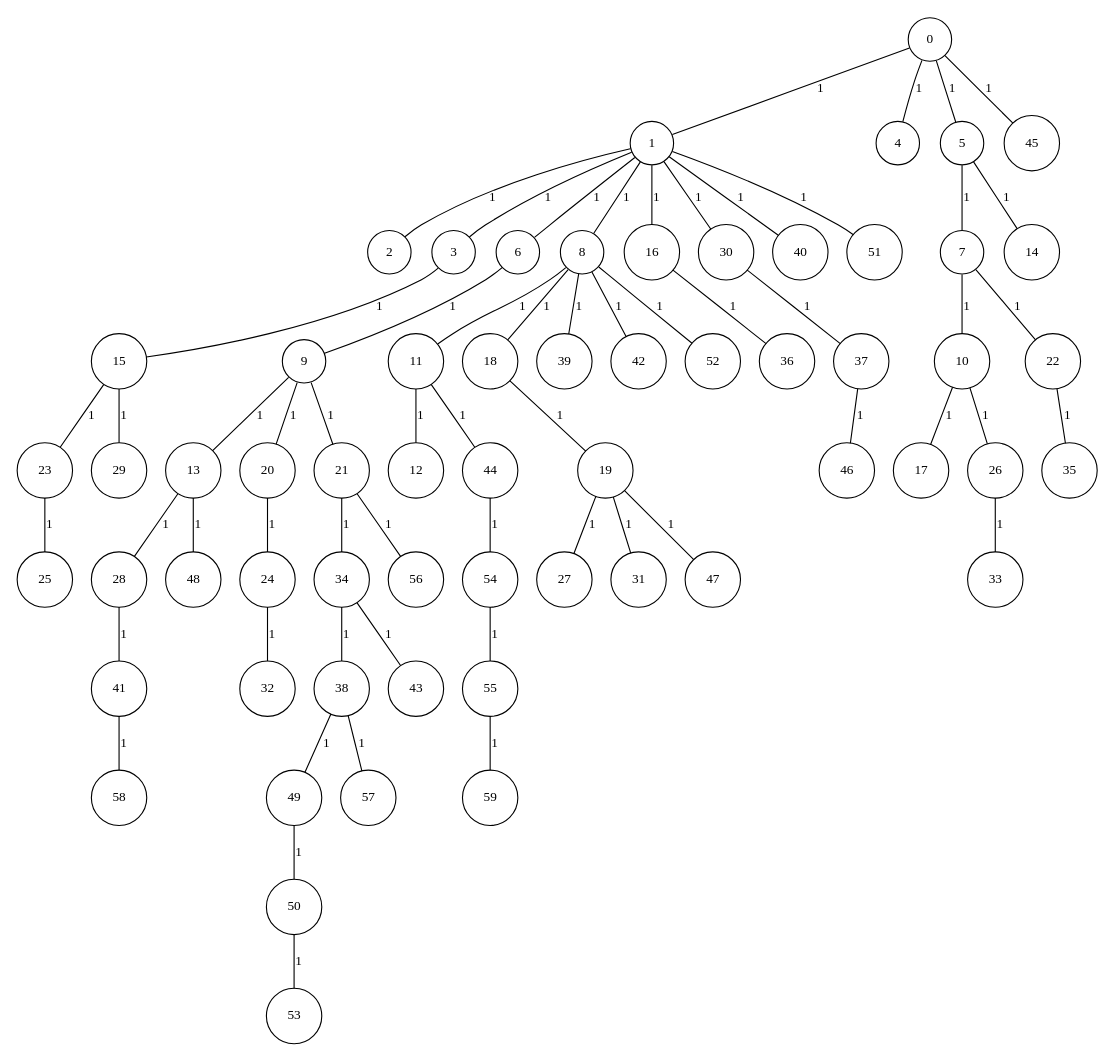
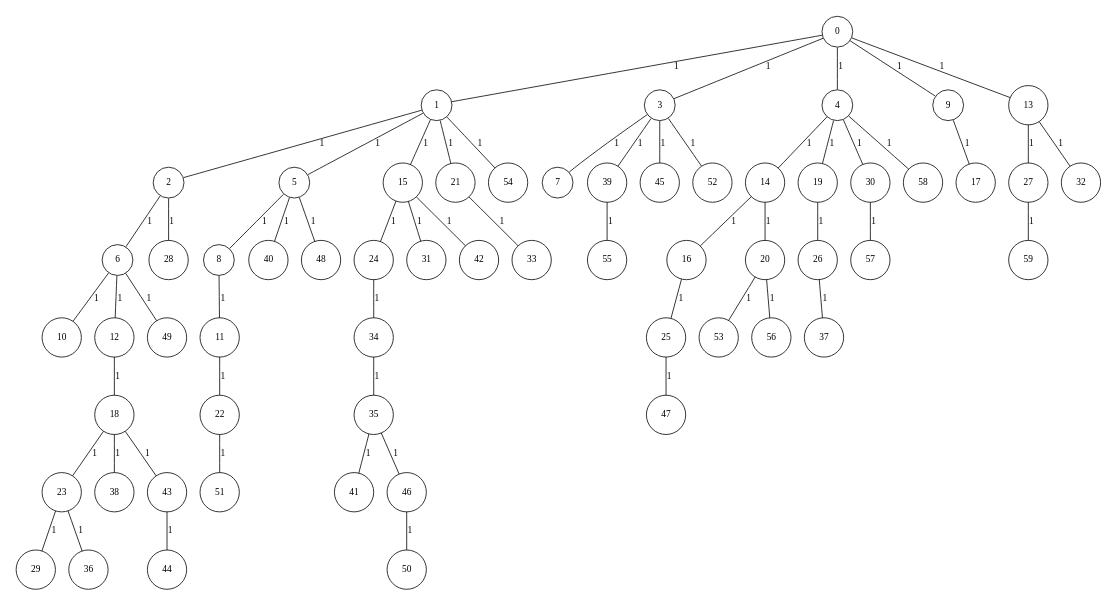
One commit to cardosodg/setcover-grasp changed the diagram in GraphGenerator/input/instGraph_60_7.txt.dot. Above: the diagram before and after it, drawn with Graphviz. The commit also changed 3448 other files, not shown here.

```diff
--- a/GraphGenerator/input/instGraph_60_7.txt.dot
+++ b/GraphGenerator/input/instGraph_60_7.txt.dot
@@ -1,129 +1,129 @@
 graph G {
 size="8.5,11;"
 ratio = "expand;"
 fixedsize="true;"
 overlap="scale;"
 node[shape=circle,width=.12,hight=.12,fontsize=12]
 edge[fontsize=12]
 
-0[label=" 0" color=black, pos="0.0024103741,2.980741!"];
-1[label=" 1" color=black, pos="0.36349648,0.73815564!"];
-2[label=" 2" color=black, pos="1.9443365,1.8687758!"];
-3[label=" 3" color=black, pos="2.7946063,2.5938665!"];
-4[label=" 4" color=black, pos="2.944809,1.4775336!"];
-5[label=" 5" color=black, pos="1.3897033,1.5316802!"];
-6[label=" 6" color=black, pos="2.672425,0.25062402!"];
-7[label=" 7" color=black, pos="1.8887269,1.7514221!"];
-8[label=" 8" color=black, pos="1.5673611,0.96379851!"];
-9[label=" 9" color=black, pos="2.9851322,0.21723006!"];
-10[label=" 10" color=black, pos="0.35056828,0.47935751!"];
-11[label=" 11" color=black, pos="0.93126118,2.770648!"];
-12[label=" 12" color=black, pos="1.1443988,0.8513266!"];
-13[label=" 13" color=black, pos="0.99291208,0.91690798!"];
-14[label=" 14" color=black, pos="0.22075221,0.67235079!"];
-15[label=" 15" color=black, pos="0.0012572138,1.0006163!"];
-16[label=" 16" color=black, pos="0.155936,2.499476!"];
-17[label=" 17" color=black, pos="0.66636896,2.0705368!"];
-18[label=" 18" color=black, pos="0.8027119,1.1621118!"];
-19[label=" 19" color=black, pos="2.6231184,0.61004325!"];
-20[label=" 20" color=black, pos="1.1809415,1.3016194!"];
-21[label=" 21" color=black, pos="1.8443766,0.83919065!"];
-22[label=" 22" color=black, pos="1.3860594,0.1746079!"];
-23[label=" 23" color=black, pos="0.93531432,1.9559349!"];
-24[label=" 24" color=black, pos="1.139639,1.2323185!"];
-25[label=" 25" color=black, pos="1.1721169,0.82294523!"];
-26[label=" 26" color=black, pos="0.85274964,0.70880189!"];
-27[label=" 27" color=black, pos="1.9178169,0.2433852!"];
-28[label=" 28" color=black, pos="2.780215,2.2726119!"];
-29[label=" 29" color=black, pos="2.7635319,2.6897204!"];
-30[label=" 30" color=black, pos="0.62334397,2.5369078!"];
-31[label=" 31" color=black, pos="1.0395525,2.6499086!"];
-32[label=" 32" color=black, pos="1.9482536,0.98519955!"];
-33[label=" 33" color=black, pos="1.1850824,0.095199356!"];
-34[label=" 34" color=black, pos="0.79320184,2.5137001!"];
-35[label=" 35" color=black, pos="1.1228464,2.8097771!"];
-36[label=" 36" color=black, pos="2.3020898,0.52765299!"];
-37[label=" 37" color=black, pos="2.1941915,1.215213!"];
-38[label=" 38" color=black, pos="2.0817017,1.3761937!"];
-39[label=" 39" color=black, pos="0.24496365,2.3004458!"];
-40[label=" 40" color=black, pos="1.9083295,0.31358784!"];
-41[label=" 41" color=black, pos="0.093790164,1.131244!"];
-42[label=" 42" color=black, pos="1.2127884,1.5980107!"];
-43[label=" 43" color=black, pos="1.4020293,0.23869622!"];
-44[label=" 44" color=black, pos="0.49017672,2.7697409!"];
-45[label=" 45" color=black, pos="0.98372263,1.5019036!"];
-46[label=" 46" color=black, pos="0.73707482,0.18667864!"];
-47[label=" 47" color=black, pos="0.90419973,0.17525577!"];
-48[label=" 48" color=black, pos="0.77276986,2.9059411!"];
-49[label=" 49" color=black, pos="2.8976308,0.75355202!"];
-50[label=" 50" color=black, pos="0.68212904,0.4460541!"];
-51[label=" 51" color=black, pos="2.7593505,1.7882775!"];
-52[label=" 52" color=black, pos="1.4510995,0.93389543!"];
-53[label=" 53" color=black, pos="0.54297228,2.5002465!"];
-54[label=" 54" color=black, pos="1.3138965,0.26208558!"];
-55[label=" 55" color=black, pos="0.17404964,0.030625389!"];
-56[label=" 56" color=black, pos="2.926185,2.8133795!"];
-57[label=" 57" color=black, pos="0.97375148,0.93423504!"];
-58[label=" 58" color=black, pos="1.9184943,1.7400388!"];
-59[label=" 59" color=black, pos="1.0650395,1.927372!"];
+0[label=" 0" color=black, pos="2.0811446,0.99868436!"];
+1[label=" 1" color=black, pos="2.481663,2.2721095!"];
+2[label=" 2" color=black, pos="0.48335613,0.42239806!"];
+3[label=" 3" color=black, pos="2.2152361,2.5516814!"];
+4[label=" 4" color=black, pos="1.2809395,1.1983303!"];
+5[label=" 5" color=black, pos="0.7560938,2.1381004!"];
+6[label=" 6" color=black, pos="1.9253889,0.57870122!"];
+7[label=" 7" color=black, pos="1.4740963,2.3895034!"];
+8[label=" 8" color=black, pos="0.34259846,1.7257275!"];
+9[label=" 9" color=black, pos="1.0192185,0.90001665!"];
+10[label=" 10" color=black, pos="0.29981589,0.55988151!"];
+11[label=" 11" color=black, pos="2.7898701,0.55670038!"];
+12[label=" 12" color=black, pos="1.5456374,2.419624!"];
+13[label=" 13" color=black, pos="1.1037508,0.62622854!"];
+14[label=" 14" color=black, pos="2.8272451,1.2013059!"];
+15[label=" 15" color=black, pos="2.2166425,0.85658226!"];
+16[label=" 16" color=black, pos="0.97899711,2.3835024!"];
+17[label=" 17" color=black, pos="0.58014678,0.50079019!"];
+18[label=" 18" color=black, pos="0.60593374,2.3950147!"];
+19[label=" 19" color=black, pos="1.1722346,0.46661348!"];
+20[label=" 20" color=black, pos="0.7067458,2.0196033!"];
+21[label=" 21" color=black, pos="2.4439619,0.83963636!"];
+22[label=" 22" color=black, pos="2.8507615,2.5725484!"];
+23[label=" 23" color=black, pos="2.6317516,1.626645!"];
+24[label=" 24" color=black, pos="2.0114404,1.6089643!"];
+25[label=" 25" color=black, pos="0.2936664,1.4715498!"];
+26[label=" 26" color=black, pos="0.17042622,0.29540398!"];
+27[label=" 27" color=black, pos="0.8182796,1.0605329!"];
+28[label=" 28" color=black, pos="2.648255,2.335522!"];
+29[label=" 29" color=black, pos="0.72596793,1.3634239!"];
+30[label=" 30" color=black, pos="1.2161006,0.64413352!"];
+31[label=" 31" color=black, pos="1.3651029,0.45860102!"];
+32[label=" 32" color=black, pos="1.2809259,1.9681305!"];
+33[label=" 33" color=black, pos="1.1773199,2.4741924!"];
+34[label=" 34" color=black, pos="1.3062448,0.69040694!"];
+35[label=" 35" color=black, pos="1.5316139,1.6495498!"];
+36[label=" 36" color=black, pos="1.831076,0.27208575!"];
+37[label=" 37" color=black, pos="1.1602302,1.1337734!"];
+38[label=" 38" color=black, pos="1.571482,2.2241831!"];
+39[label=" 39" color=black, pos="1.0486854,1.3131282!"];
+40[label=" 40" color=black, pos="2.7503495,1.9042036!"];
+41[label=" 41" color=black, pos="0.72093897,1.2754154!"];
+42[label=" 42" color=black, pos="1.1479924,1.1517082!"];
+43[label=" 43" color=black, pos="0.71676218,2.8594751!"];
+44[label=" 44" color=black, pos="2.7863298,1.104882!"];
+45[label=" 45" color=black, pos="0.76707052,1.3228908!"];
+46[label=" 46" color=black, pos="2.0165623,0.27513738!"];
+47[label=" 47" color=black, pos="2.229858,1.3948589!"];
+48[label=" 48" color=black, pos="2.8695243,0.90787682!"];
+49[label=" 49" color=black, pos="0.67745845,2.617647!"];
+50[label=" 50" color=black, pos="0.1491146,0.5050571!"];
+51[label=" 51" color=black, pos="2.5706132,2.4137149!"];
+52[label=" 52" color=black, pos="1.4960931,2.303503!"];
+53[label=" 53" color=black, pos="2.7572523,1.6017161!"];
+54[label=" 54" color=black, pos="0.17346775,1.8390622!"];
+55[label=" 55" color=black, pos="0.46511902,0.38353328!"];
+56[label=" 56" color=black, pos="1.5329836,0.9251065!"];
+57[label=" 57" color=black, pos="0.47470234,2.0358929!"];
+58[label=" 58" color=black, pos="1.3121087,0.48969371!"];
+59[label=" 59" color=black, pos="1.9054822,0.23966494!"];
 0--1[label="1"]
+0--3[label="1"]
 0--4[label="1"]
-0--5[label="1"]
-0--45[label="1"]
+0--9[label="1"]
+0--13[label="1"]
 1--2[label="1"]
-1--3[label="1"]
-1--6[label="1"]
-1--8[label="1"]
-1--16[label="1"]
-1--30[label="1"]
-1--40[label="1"]
-1--51[label="1"]
-3--15[label="1"]
-5--7[label="1"]
-5--14[label="1"]
-6--9[label="1"]
-7--10[label="1"]
-7--22[label="1"]
+1--5[label="1"]
+1--15[label="1"]
+1--21[label="1"]
+1--54[label="1"]
+2--6[label="1"]
+2--28[label="1"]
+3--7[label="1"]
+3--39[label="1"]
+3--45[label="1"]
+3--52[label="1"]
+4--14[label="1"]
+4--19[label="1"]
+4--30[label="1"]
+4--58[label="1"]
+5--8[label="1"]
+5--40[label="1"]
+5--48[label="1"]
+6--10[label="1"]
+6--12[label="1"]
+6--49[label="1"]
 8--11[label="1"]
-8--18[label="1"]
-8--39[label="1"]
-8--42[label="1"]
-8--52[label="1"]
-9--13[label="1"]
-9--20[label="1"]
-9--21[label="1"]
-10--17[label="1"]
-10--26[label="1"]
-11--12[label="1"]
-11--44[label="1"]
-13--28[label="1"]
-13--48[label="1"]
-15--23[label="1"]
-15--29[label="1"]
-16--36[label="1"]
-18--19[label="1"]
-19--27[label="1"]
-19--31[label="1"]
-19--47[label="1"]
-20--24[label="1"]
-21--34[label="1"]
-21--56[label="1"]
-22--35[label="1"]
-23--25[label="1"]
-24--32[label="1"]
-26--33[label="1"]
-28--41[label="1"]
-30--37[label="1"]
-34--38[label="1"]
-34--43[label="1"]
-37--46[label="1"]
-38--49[label="1"]
-38--57[label="1"]
-41--58[label="1"]
-44--54[label="1"]
-49--50[label="1"]
-50--53[label="1"]
-54--55[label="1"]
-55--59[label="1"]
+9--17[label="1"]
+11--22[label="1"]
+12--18[label="1"]
+13--27[label="1"]
+13--32[label="1"]
+14--16[label="1"]
+14--20[label="1"]
+15--24[label="1"]
+15--31[label="1"]
+15--42[label="1"]
+16--25[label="1"]
+18--23[label="1"]
+18--38[label="1"]
+18--43[label="1"]
+19--26[label="1"]
+20--53[label="1"]
+20--56[label="1"]
+21--33[label="1"]
+22--51[label="1"]
+23--29[label="1"]
+23--36[label="1"]
+24--34[label="1"]
+25--47[label="1"]
+26--37[label="1"]
+27--59[label="1"]
+30--57[label="1"]
+34--35[label="1"]
+35--41[label="1"]
+35--46[label="1"]
+39--55[label="1"]
+43--44[label="1"]
+46--50[label="1"]
 
 }
```
